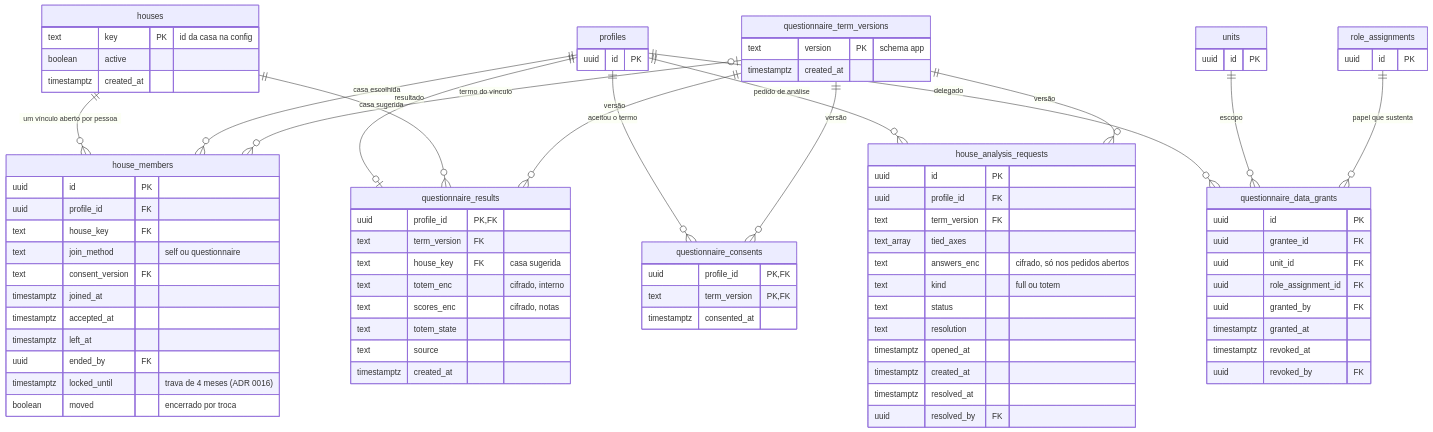
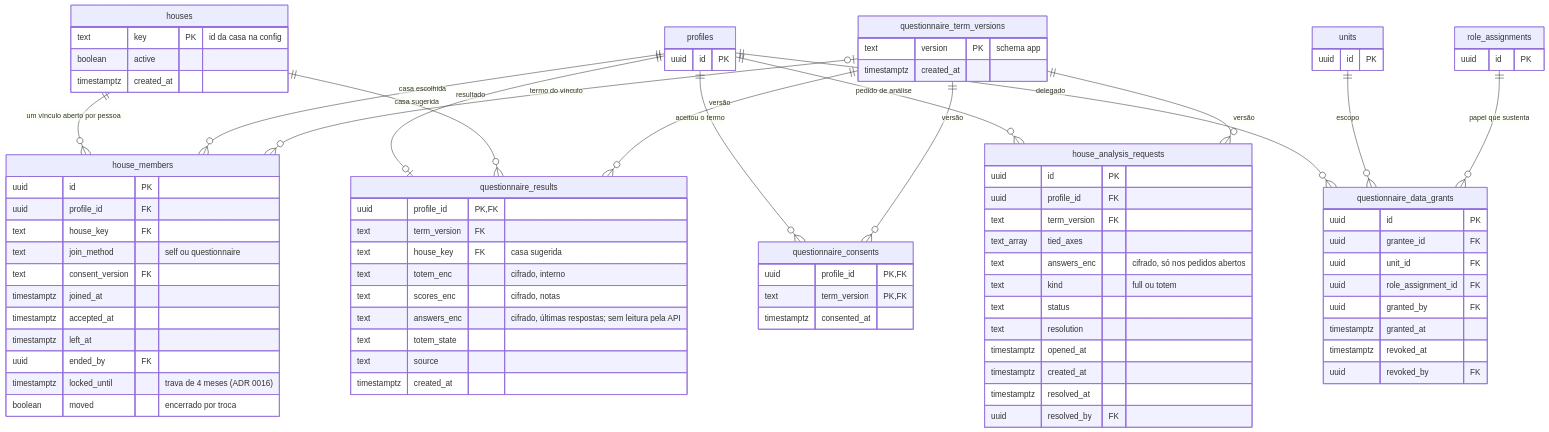
The seventh of 9 diagrams in docs/DIAGRAMAS.md (felipemaion/Complexo42), drawn with Mermaid before and after one commit. The commit also changed 6 other files, not shown here.

First line of the commit message:
fix: totem pendente (legado) apaga as respostas guardadas, fixado em pgTAP; tamanho real cifrado; LGPD (finalidade, retenção, exclusão, exportação) e diagrama com a coluna (revisão do #257)

```diff
--- a/docs/DIAGRAMAS.md
+++ b/docs/DIAGRAMAS.md
@@ -332,6 +332,7 @@
         text house_key FK "casa sugerida"
         text totem_enc "cifrado, interno"
         text scores_enc "cifrado, notas"
+        text answers_enc "cifrado, últimas respostas; sem leitura pela API"
         text totem_state
         text source
         timestamptz created_at
```
